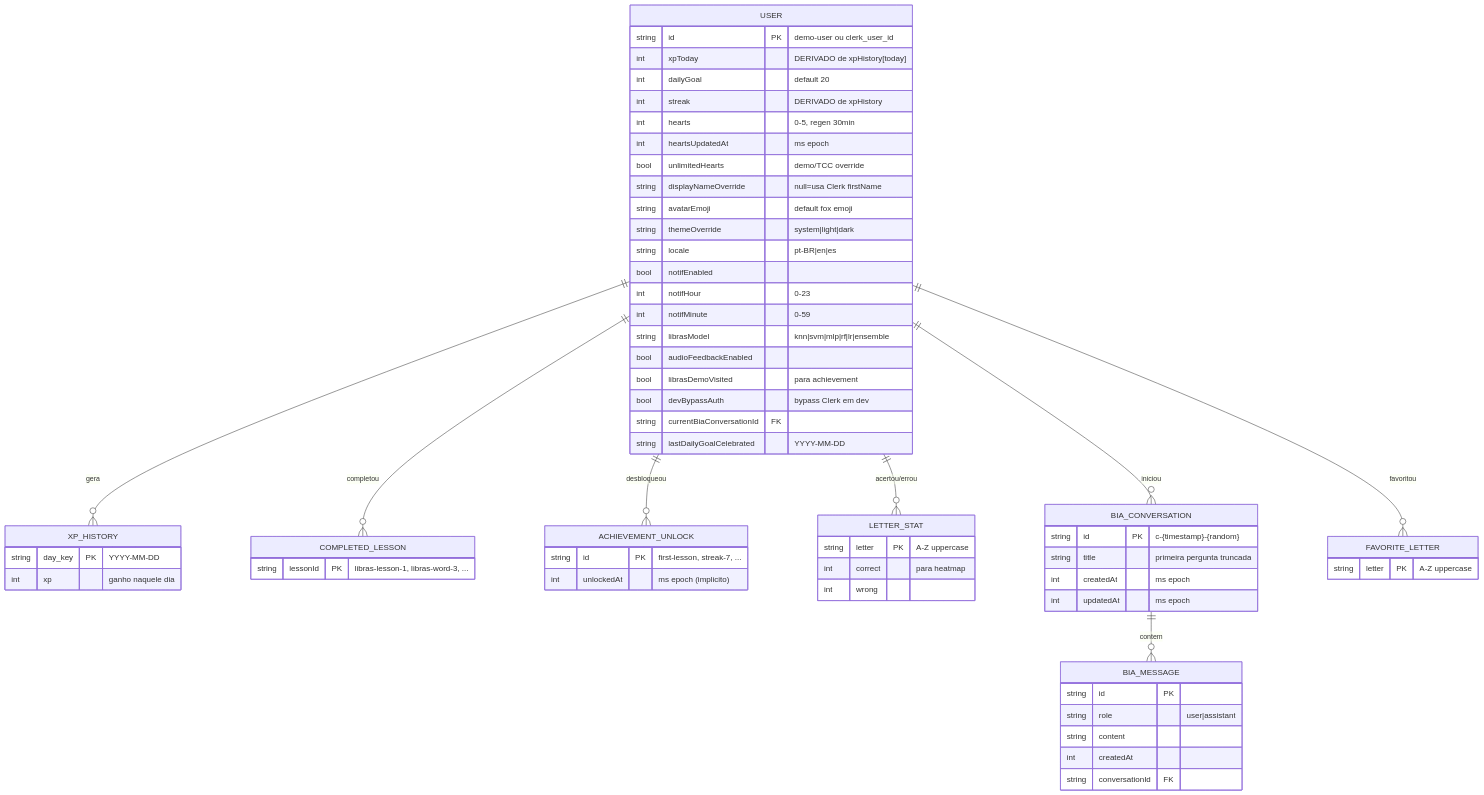
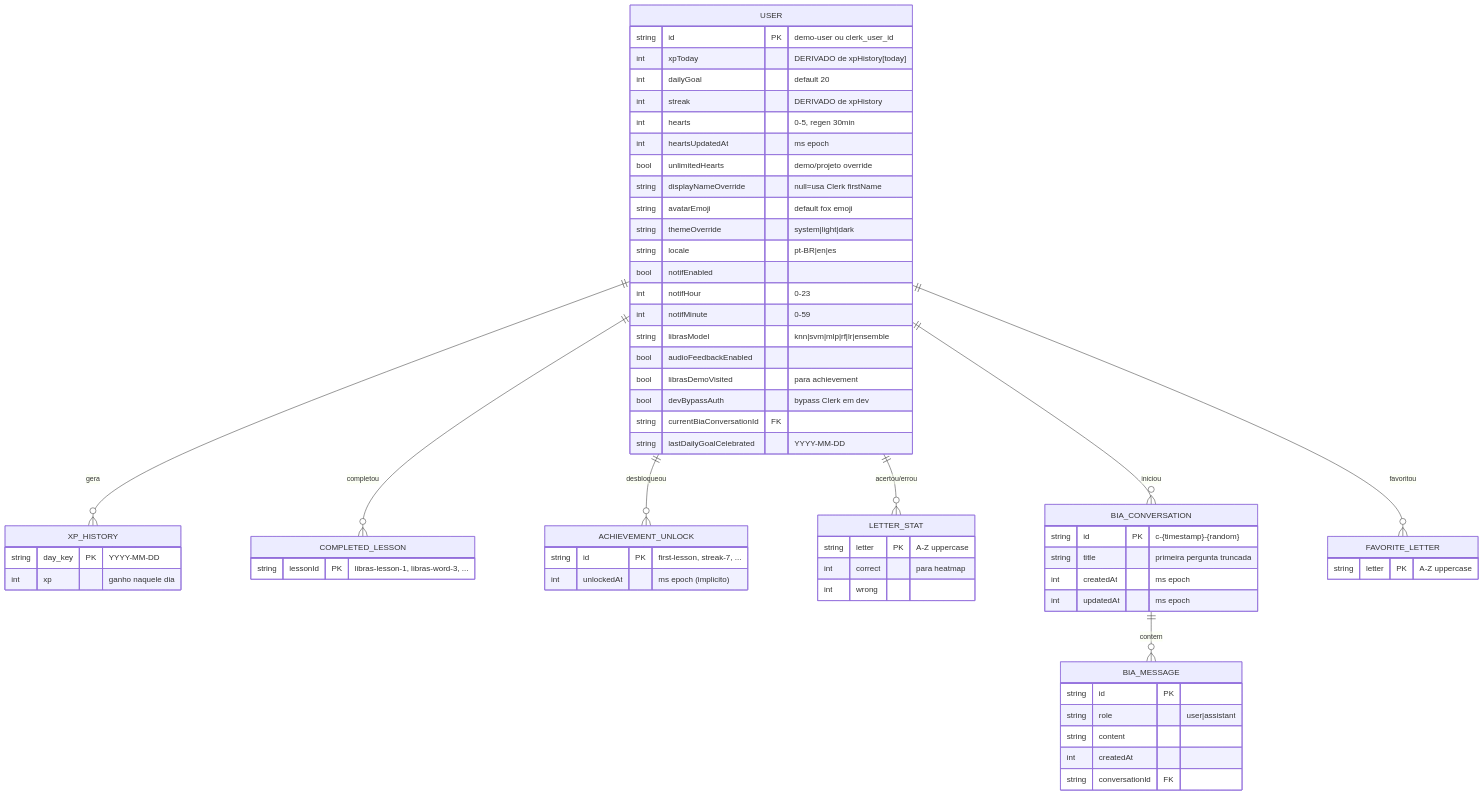
The fifth of 7 diagrams in README.md (ibmecrio/dlibras), drawn with Mermaid before and after one commit. The commit also changed other lines of this file, not shown here.

First line of the commit message:
docs(readme): remove TCC/IBMEC/emails/agradecimentos + emojis profissionais nos H2

````diff
--- a/README.md
+++ b/README.md
@@ -395,72 +388,72 @@
 ```mermaid
 erDiagram
     USER ||--o{ XP_HISTORY : "gera"
     USER ||--o{ COMPLETED_LESSON : "completou"
     USER ||--o{ ACHIEVEMENT_UNLOCK : "desbloqueou"
     USER ||--o{ LETTER_STAT : "acertou/errou"
     USER ||--o{ BIA_CONVERSATION : "iniciou"
     BIA_CONVERSATION ||--o{ BIA_MESSAGE : "contem"
     USER ||--o{ FAVORITE_LETTER : "favoritou"
 
     USER {
         string id PK "demo-user ou clerk_user_id"
         int xpToday "DERIVADO de xpHistory[today]"
         int dailyGoal "default 20"
         int streak "DERIVADO de xpHistory"
         int hearts "0-5, regen 30min"
         int heartsUpdatedAt "ms epoch"
-        bool unlimitedHearts "demo/TCC override"
+        bool unlimitedHearts "demo/projeto override"
         string displayNameOverride "null=usa Clerk firstName"
         string avatarEmoji "default fox emoji"
         string themeOverride "system|light|dark"
         string locale "pt-BR|en|es"
         bool notifEnabled
         int notifHour "0-23"
         int notifMinute "0-59"
         string librasModel "knn|svm|mlp|rf|lr|ensemble"
         bool audioFeedbackEnabled
         bool librasDemoVisited "para achievement"
         bool devBypassAuth "bypass Clerk em dev"
         string currentBiaConversationId FK
         string lastDailyGoalCelebrated "YYYY-MM-DD"
     }
 
     XP_HISTORY {
         string day_key PK "YYYY-MM-DD"
         int xp "ganho naquele dia"
     }
 
     COMPLETED_LESSON {
         string lessonId PK "libras-lesson-1, libras-word-3, ..."
     }
 
     ACHIEVEMENT_UNLOCK {
         string id PK "first-lesson, streak-7, ..."
         int unlockedAt "ms epoch (implicito)"
     }
 
     LETTER_STAT {
         string letter PK "A-Z uppercase"
         int correct "para heatmap"
         int wrong
     }
 
     BIA_CONVERSATION {
         string id PK "c-{timestamp}-{random}"
         string title "primeira pergunta truncada"
         int createdAt "ms epoch"
         int updatedAt "ms epoch"
     }
 
     BIA_MESSAGE {
         string id PK
         string role "user|assistant"
         string content
         int createdAt
         string conversationId FK
     }
 
     FAVORITE_LETTER {
         string letter PK "A-Z uppercase"
     }
 ```
````
